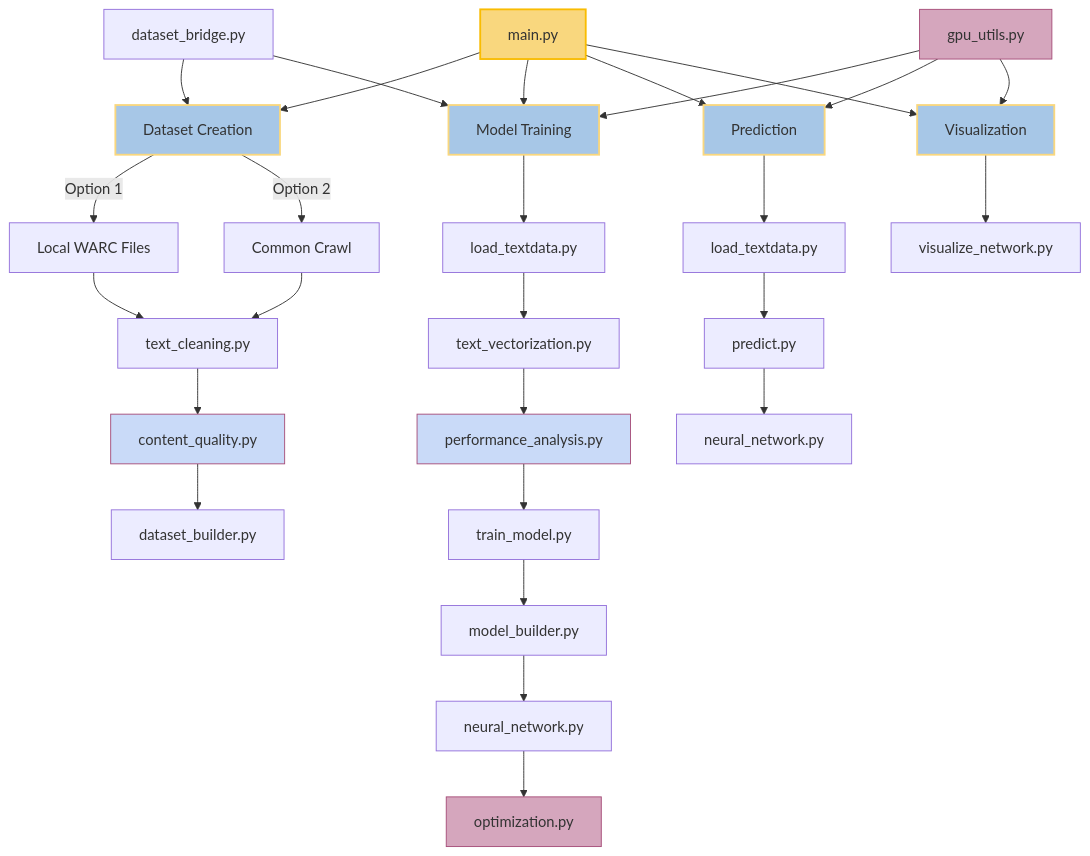
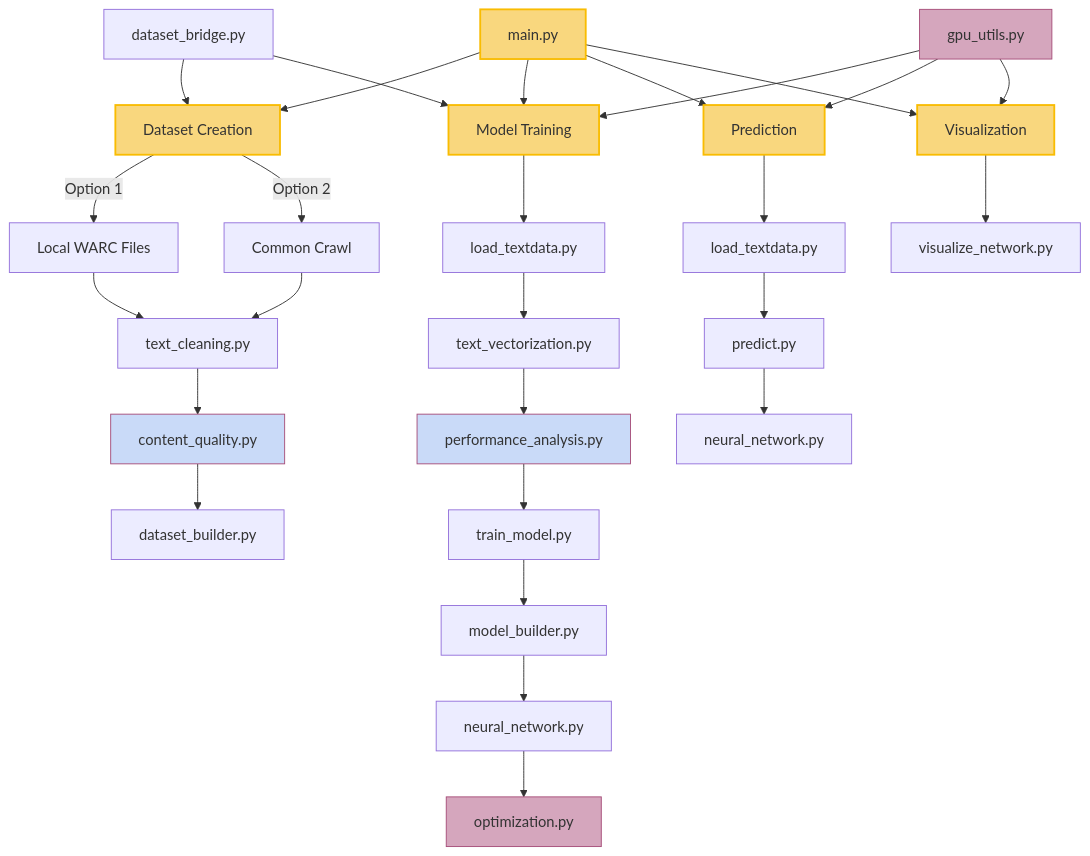
One commit to Ethan-LWT/NLP_project changed the diagram in README.md. Above: the diagram before and after it, drawn with Mermaid.

Commit message:
update the font style

````diff
--- a/README.md
+++ b/README.md
@@ -388,53 +388,53 @@
 ```mermaid
 graph TD
     %% Main Entry Points
     A[main.py] --> B1[Dataset Creation]
     A --> B2[Model Training]
     A --> B3[Prediction]
     A --> B4[Visualization]
     
     %% Dataset Creation Path
     B1 --> |Option 1| C1[Local WARC Files]
     B1 --> |Option 2| C2[Common Crawl]
     C1 --> D1[text_cleaning.py]
     C2 --> D1
     D1 --> E1[content_quality.py]
     E1 --> F1[dataset_builder.py]
     
     %% Model Training Path
     B2 --> C3[load_textdata.py]
     C3 --> D2[text_vectorization.py]
     D2 --> E2[performance_analysis.py]
     E2 --> F2[train_model.py]
     F2 --> G1[model_builder.py]
     G1 --> H1[neural_network.py]
     H1 --> I1[optimization.py]
     
     %% Prediction Path
     B3 --> C4[load_textdata.py]
     C4 --> D3[predict.py]
     D3 --> E3[neural_network.py]
     
     %% Visualization Path
     B4 --> C5[visualize_network.py]
     
     %% GPU Utilities
     J[gpu_utils.py] --> B2
     J --> B3
     J --> B4
     
     %% Dataset Bridge
     K[dataset_bridge.py] --> B1
     K --> B2
     
     %% Feature Highlights
     style A fill:#f9d77e,stroke:#f9bc02,stroke-width:2px
-    style B1 fill:#a7c7e7,stroke:#f9d77e,stroke-width:2px
-    style B2 fill:#a7c7e7,stroke:#f9d77e,stroke-width:2px
-    style B3 fill:#a7c7e7,stroke:#f9d77e,stroke-width:2px
-    style B4 fill:#a7c7e7,stroke:#f9d77e,stroke-width:2px
+    style B1 fill:#f9d77e,stroke:#f9bc02,stroke-width:2px
+    style B2 fill:#f9d77e,stroke:#f9bc02,stroke-width:2px
+    style B3 fill:#f9d77e,stroke:#f9bc02,stroke-width:2px
+    style B4 fill:#f9d77e,stroke:#f9bc02,stroke-width:2px
     style E1 fill:#c9daf8,stroke:#a64d79,stroke-width:1px
     style E2 fill:#c9daf8,stroke:#a64d79,stroke-width:1px
     style I1 fill:#d5a6bd,stroke:#a64d79,stroke-width:1px
     style J fill:#d5a6bd,stroke:#a64d79,stroke-width:1px
 ```
````
